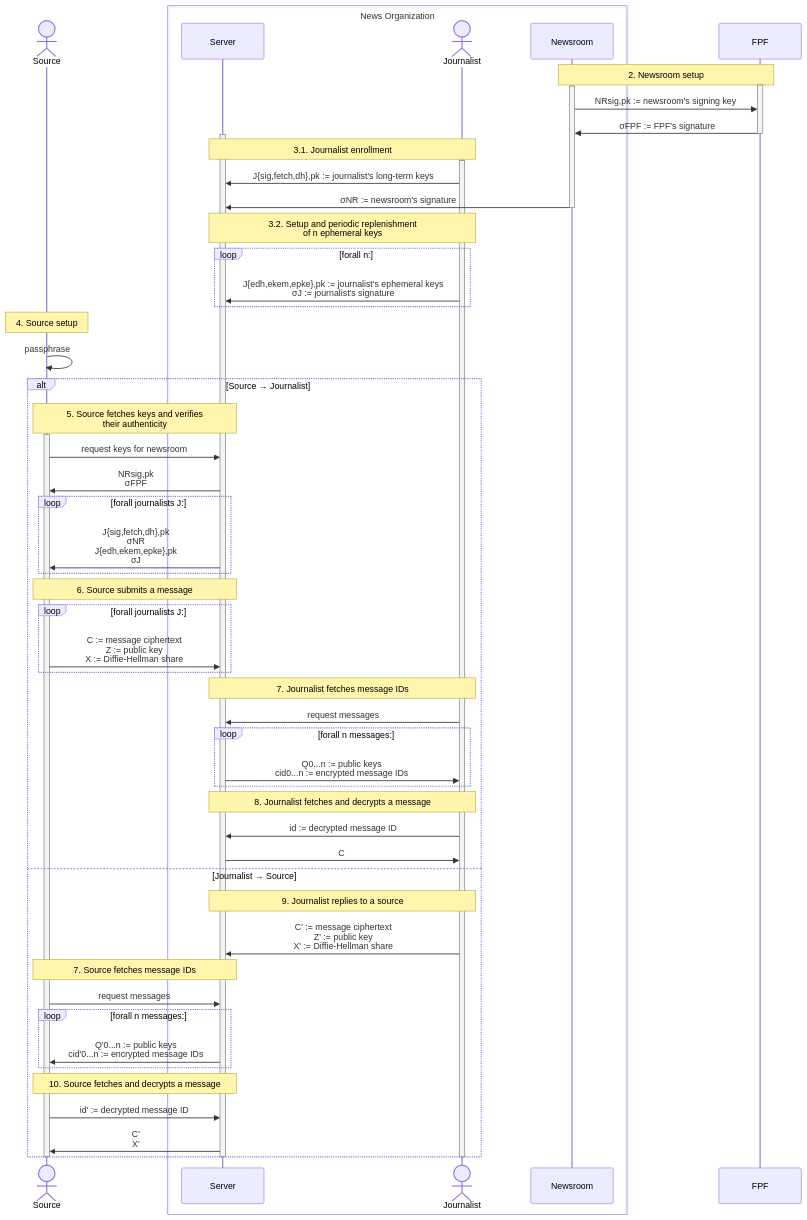
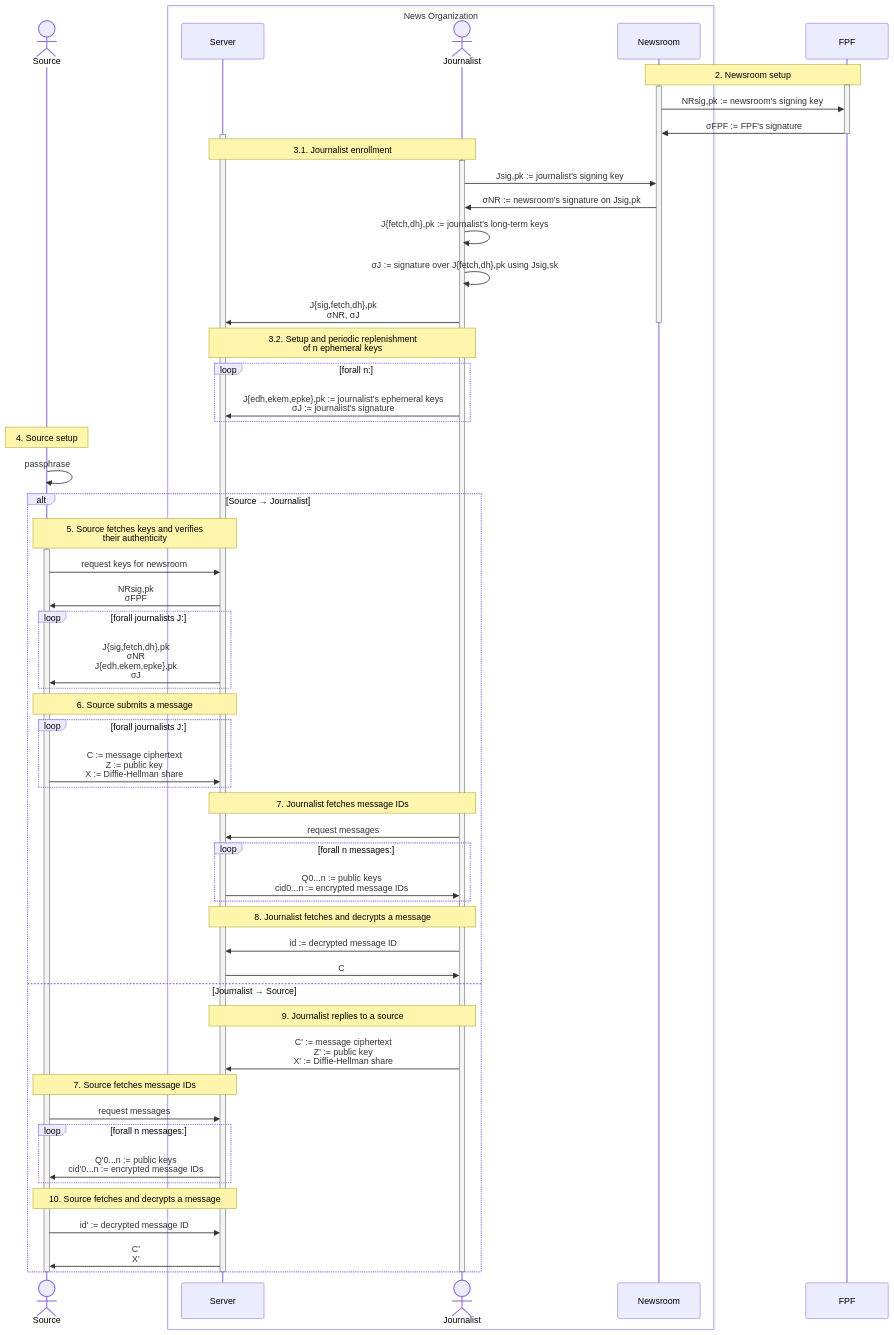
The diagram in docs/protocol.md (freedomofpress/securedrop-protocol), drawn with Mermaid before and after one commit. The commit also changed other lines of this file, not shown here.

Commit message:
docs: Update Journalist Enrollment mermaid doc to include reference to journalist self-signing of fetch and dh-akem keys

````diff
--- a/docs/protocol.md
+++ b/docs/protocol.md
@@ -18,78 +18,81 @@
 ```mermaid
 sequenceDiagram
 
 actor Source
 
 box News Organization
 participant Server
 actor Journalist
 participant Newsroom
 end
 
 participant FPF
 
 Note over Newsroom, FPF: 2. Newsroom setup
 activate FPF
 activate Newsroom
 Newsroom ->> FPF: NRsig,pk := newsroom's signing key
 FPF ->> Newsroom: σFPF := FPF's signature
 deactivate FPF
 activate Server
 
 Note over Journalist, Server: 3.1. Journalist enrollment
 activate Journalist
-Journalist ->> Server: J{sig,fetch,dh},pk := journalist's long-term keys
-Newsroom ->> Server: σNR := newsroom's signature
+Journalist ->> Newsroom: Jsig,pk := journalist's signing key
+Newsroom ->> Journalist: σNR := newsroom's signature on Jsig,pk
+Journalist ->> Journalist: J{fetch,dh},pk := journalist's long-term keys
+Journalist ->> Journalist: σJ := signature over J{fetch,dh},pk using Jsig,sk
+Journalist ->> Server: J{sig,fetch,dh},pk<br>σNR, σJ
 deactivate Newsroom
 
 Note over Journalist, Server: 3.2. Setup and periodic replenishment<br>of n ephemeral keys
 loop forall n:
 Journalist ->> Server: J{edh,ekem,epke},pk := journalist's ephemeral keys<br>σJ := journalist's signature
 end
 
 Note over Source: 4. Source setup
 Source ->> Source: passphrase
 
 alt Source → Journalist
 Note over Source, Server: 5. Source fetches keys and verifies<br>their authenticity
 activate Source
 Source ->> Server: request keys for newsroom
 Server ->> Source: NRsig,pk<br>σFPF
 loop forall journalists J:
 Server ->> Source: J{sig,fetch,dh},pk<br>σNR<br>J{edh,ekem,epke},pk<br>σJ
 end
 
 Note over Source, Server: 6. Source submits a message
 loop forall journalists J:
 Source ->> Server: C := message ciphertext<br>Z := public key<br>X := Diffie-Hellman share
 end
 
 Note over Server, Journalist: 7. Journalist fetches message IDs
 Journalist ->> Server: request messages
 loop forall n  messages:
 Server ->> Journalist: Q0...n := public keys<br>cid0...n := encrypted message IDs
 end
 
 Note over Server, Journalist: 8. Journalist fetches and decrypts a message
 Journalist ->> Server: id := decrypted message ID
 Server ->> Journalist: C
 
 else Journalist → Source
 Note over Server, Journalist: 9. Journalist replies to a source
 Journalist ->> Server: C' := message ciphertext<br>Z' := public key<br>X' := Diffie-Hellman share
 
 Note over Source, Server: 7. Source fetches message IDs
 Source ->> Server: request messages
 loop forall n  messages:
 Server ->> Source: Q'0...n := public keys<br>cid'0...n := encrypted message IDs
 end
 
 Note over Source, Server: 10. Source fetches and decrypts a message
 Source ->> Server: id' := decrypted message ID
 Server ->> Source: C'<br>X'
 end
 
 deactivate Source
 deactivate Journalist
 deactivate Server
 ```
````
